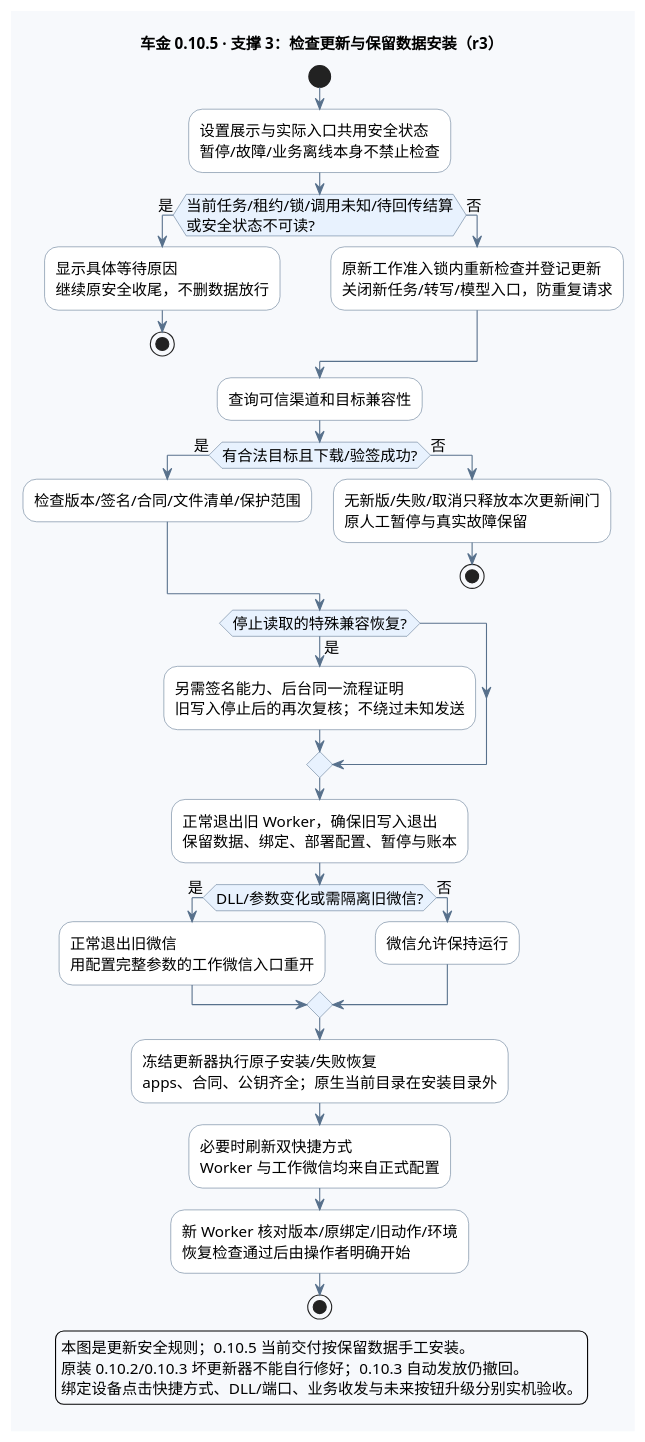
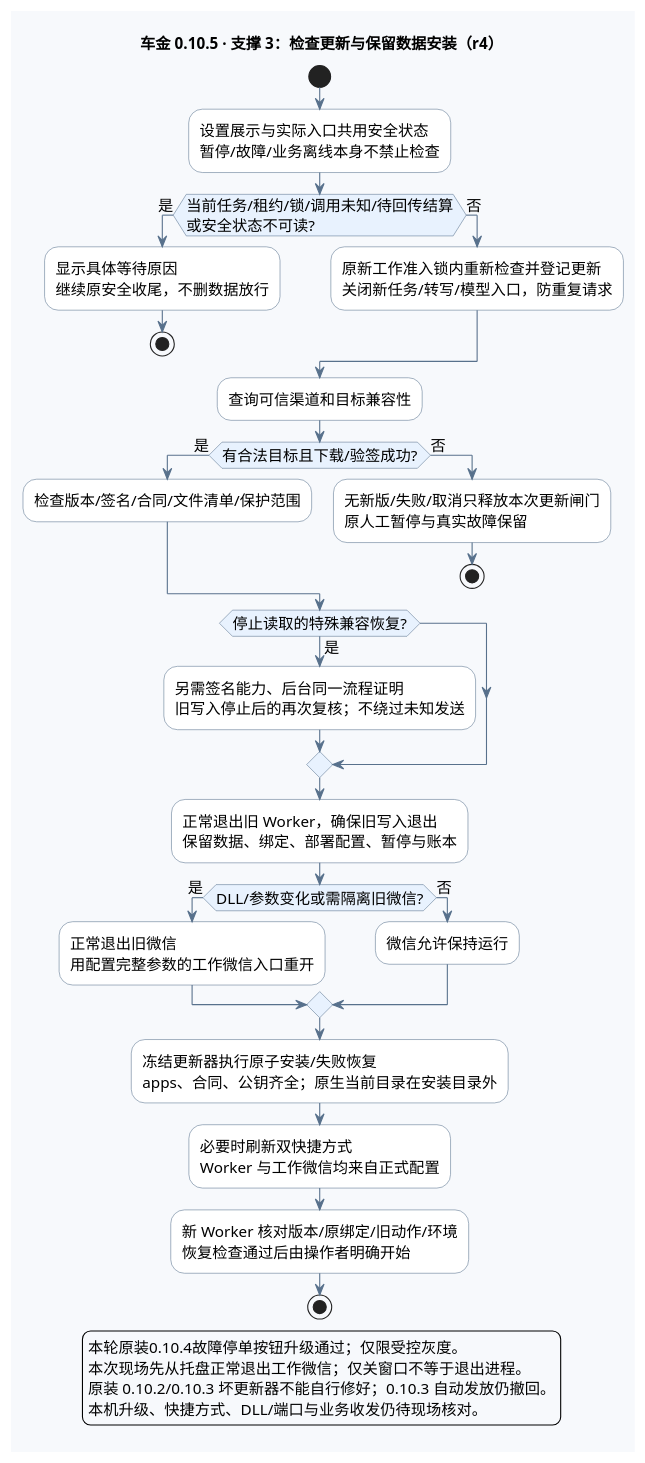
One commit to edwardzhang0304/chejin-ai-sales changed the fourth of 4 diagrams in deliverables/AI智能客服售前跟进系统_全流程图_v0.10.5.puml. Above: the diagram before and after it, drawn with PlantUML. The commit also changed other lines of this file and 8 other files, not shown here.

```diff
--- a/deliverables/AI智能客服售前跟进系统_全流程图_v0.10.5.puml
+++ b/deliverables/AI智能客服售前跟进系统_全流程图_v0.10.5.puml
@@ -277,59 +277,60 @@
 @startuml update
 !pragma layout smetana
 skinparam defaultFontName "PingFang SC"
 skinparam defaultFontSize 14
 skinparam backgroundColor #F7F9FC
 skinparam shadowing false
 skinparam activityBackgroundColor #FFFFFF
 skinparam activityBorderColor #58718C
 skinparam activityDiamondBackgroundColor #E8F2FE
 skinparam activityDiamondBorderColor #58718C
 skinparam ArrowColor #58718C
 skinparam noteBackgroundColor #FFF4D9
 skinparam noteBorderColor #CDA556
-title 车金 0.10.5 · 支撑 3：检查更新与保留数据安装（r3）
+title 车金 0.10.5 · 支撑 3：检查更新与保留数据安装（r4）
 start
 :设置展示与实际入口共用安全状态
 暂停/故障/业务离线本身不禁止检查;
 if (当前任务/租约/锁/调用未知/待回传结算
 或安全状态不可读?) then (是)
   :显示具体等待原因
 继续原安全收尾，不删数据放行;
   stop
 else (否)
   :原新工作准入锁内重新检查并登记更新
 关闭新任务/转写/模型入口，防重复请求;
 endif
 :查询可信渠道和目标兼容性;
 if (有合法目标且下载/验签成功?) then (是)
   :检查版本/签名/合同/文件清单/保护范围;
 else (否)
   :无新版/失败/取消只释放本次更新闸门
 原人工暂停与真实故障保留;
   stop
 endif
 if (停止读取的特殊兼容恢复?) then (是)
   :另需签名能力、后台同一流程证明
 旧写入停止后的再次复核；不绕过未知发送;
 endif
 :正常退出旧 Worker，确保旧写入退出
 保留数据、绑定、部署配置、暂停与账本;
 if (DLL/参数变化或需隔离旧微信?) then (是)
   :正常退出旧微信
 用配置完整参数的工作微信入口重开;
 else (否)
   :微信允许保持运行;
 endif
 :冻结更新器执行原子安装/失败恢复
 apps、合同、公钥齐全；原生当前目录在安装目录外;
 :必要时刷新双快捷方式
 Worker 与工作微信均来自正式配置;
 :新 Worker 核对版本/原绑定/旧动作/环境
 恢复检查通过后由操作者明确开始;
 stop
 legend bottom
-本图是更新安全规则；0.10.5 当前交付按保留数据手工安装。
+本轮原装0.10.4故障停单按钮升级通过；仅限受控灰度。
+本次现场先从托盘正常退出工作微信；仅关窗口不等于退出进程。
 原装 0.10.2/0.10.3 坏更新器不能自行修好；0.10.3 自动发放仍撤回。
-绑定设备点击快捷方式、DLL/端口、业务收发与未来按钮升级分别实机验收。
+本机升级、快捷方式、DLL/端口与业务收发仍待现场核对。
 endlegend
 @enduml
```
